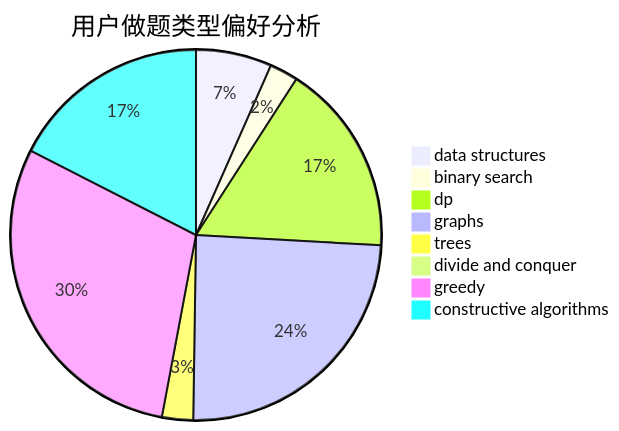
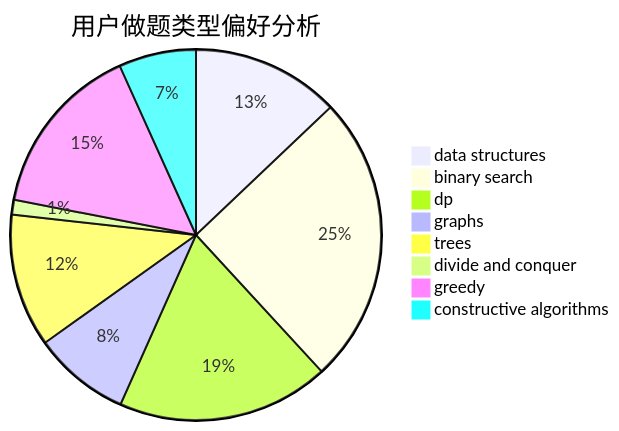
The second of 3 diagrams in docs/user/u1816.md (sherpahu/cfrs.github.io), drawn with Mermaid before and after one commit. The commit also changed other lines of this file and 2770 other files, not shown here.

````diff
--- a/docs/user/u1816.md
+++ b/docs/user/u1816.md
@@ -23,11 +23,11 @@
 ```mermaid
 pie title 用户做题类型偏好分析
-    "data structures" :  56
-    "binary search" :  21
-    "dp" :  142
-    "graphs" :  206
-    "trees" :  23
-    "divide and conquer" :  0
-    "greedy" :  250
-    "constructive algorithms" :  148
+    "data structures" :  90
+    "binary search" :  176
+    "dp" :  129
+    "graphs" :  59
+    "trees" :  81
+    "divide and conquer" :  9
+    "greedy" :  106
+    "constructive algorithms" :  47
 ```
````
